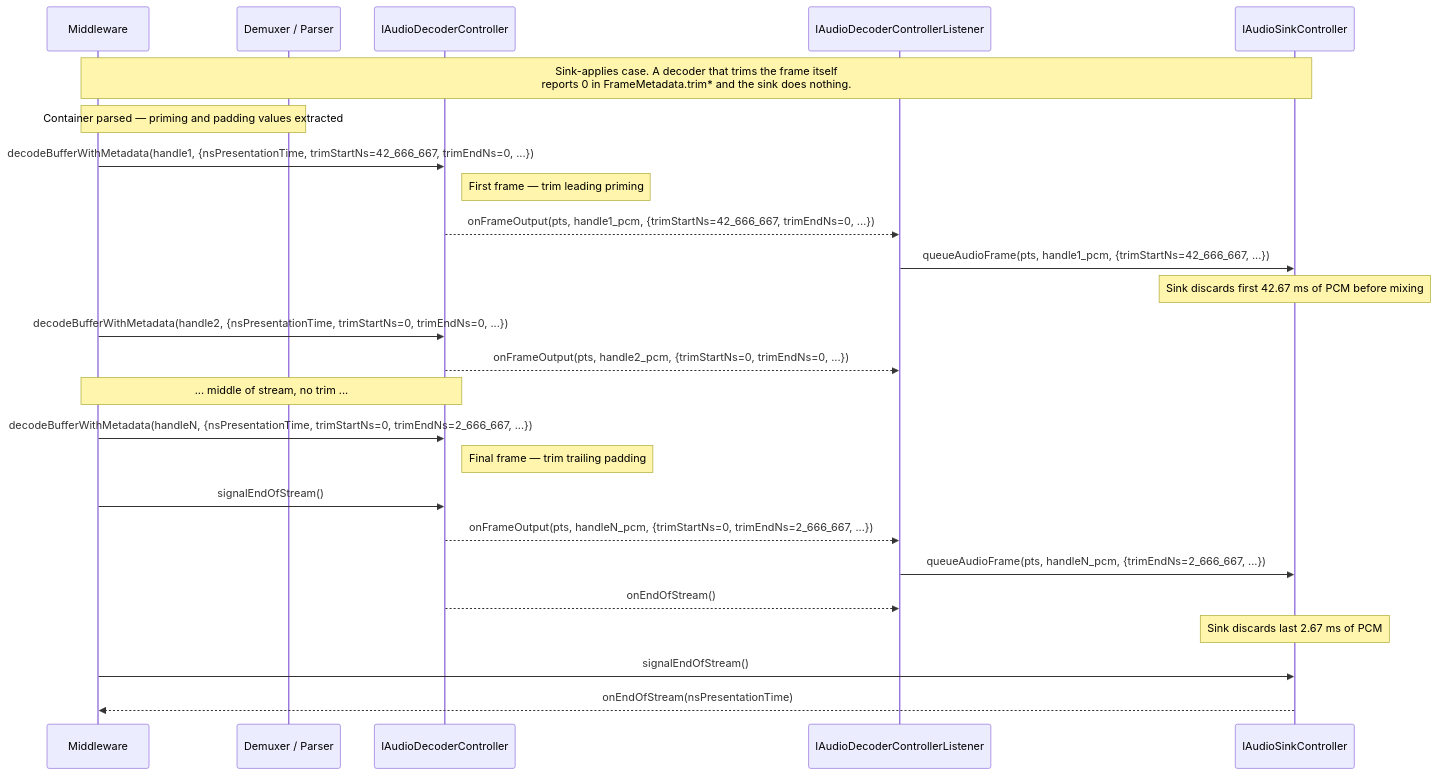
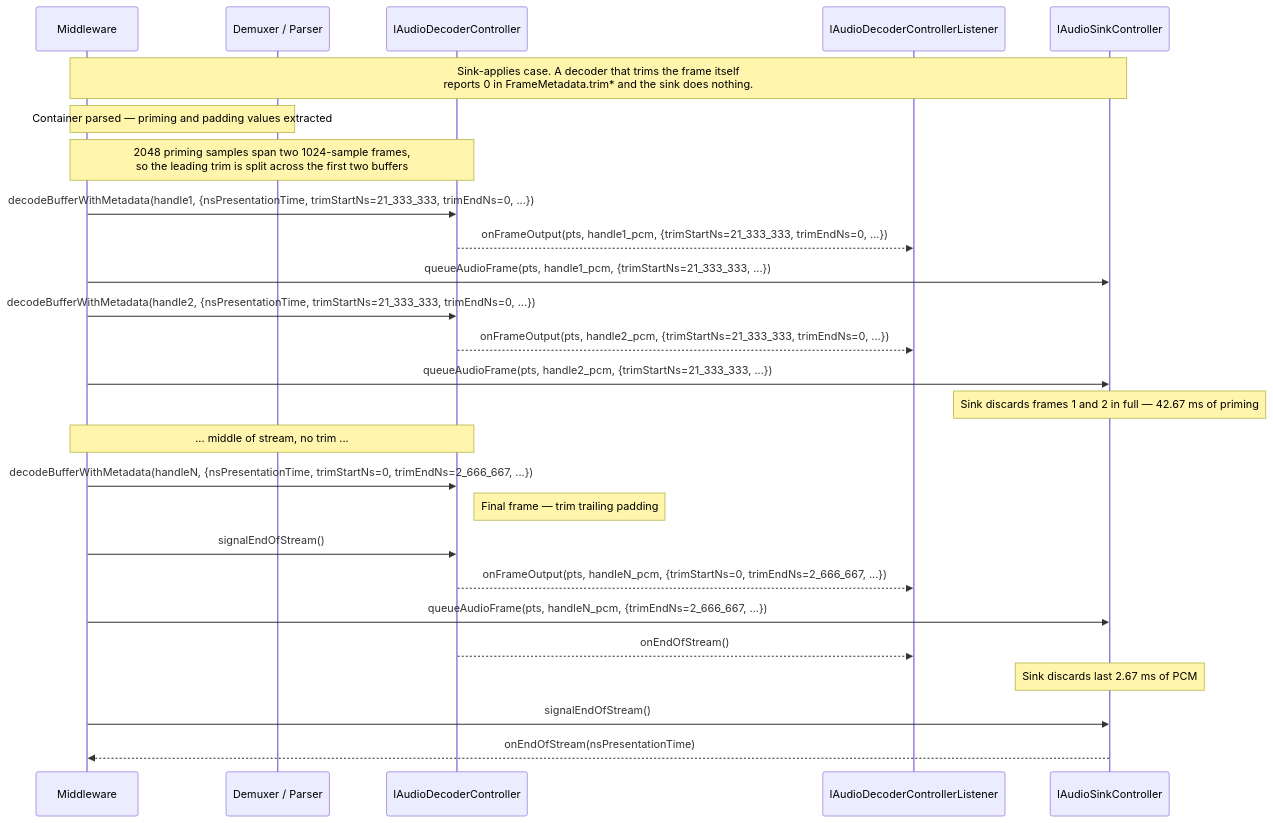
Before and after one commit to rdkcentral/rdk-halif-aidl: the fourth of 5 diagrams in audiodecoder/current/docs/audio_decoder.md, drawn with Mermaid. The commit also changed other lines of this file, not shown here.

````diff
--- a/audiodecoder/current/docs/audio_decoder.md
+++ b/audiodecoder/current/docs/audio_decoder.md
@@ -398,27 +399,28 @@
 ```mermaid
 sequenceDiagram
     participant MW as Middleware
     participant Demux as Demuxer / Parser
     participant Dec as IAudioDecoderController
     participant Listener as IAudioDecoderControllerListener
     participant Sink as IAudioSinkController
     Note over MW,Sink: Sink-applies case. A decoder that trims the frame itself<br/>reports 0 in FrameMetadata.trim* and the sink does nothing.
     Note over MW,Demux: Container parsed — priming and padding values extracted
-    MW->>Dec: decodeBufferWithMetadata(handle1, {nsPresentationTime, trimStartNs=42_666_667, trimEndNs=0, ...})
-    Note right of Dec: First frame — trim leading priming
-    Dec-->>Listener: onFrameOutput(pts, handle1_pcm, {trimStartNs=42_666_667, trimEndNs=0, ...})
-    Listener->>Sink: queueAudioFrame(pts, handle1_pcm, {trimStartNs=42_666_667, ...})
-    Note over Sink: Sink discards first 42.67 ms of PCM before mixing
-    MW->>Dec: decodeBufferWithMetadata(handle2, {nsPresentationTime, trimStartNs=0, trimEndNs=0, ...})
-    Dec-->>Listener: onFrameOutput(pts, handle2_pcm, {trimStartNs=0, trimEndNs=0, ...})
+    Note over MW,Dec: 2048 priming samples span two 1024-sample frames,<br/>so the leading trim is split across the first two buffers
+    MW->>Dec: decodeBufferWithMetadata(handle1, {nsPresentationTime, trimStartNs=21_333_333, trimEndNs=0, ...})
+    Dec-->>Listener: onFrameOutput(pts, handle1_pcm, {trimStartNs=21_333_333, trimEndNs=0, ...})
+    MW->>Sink: queueAudioFrame(pts, handle1_pcm, {trimStartNs=21_333_333, ...})
+    MW->>Dec: decodeBufferWithMetadata(handle2, {nsPresentationTime, trimStartNs=21_333_333, trimEndNs=0, ...})
+    Dec-->>Listener: onFrameOutput(pts, handle2_pcm, {trimStartNs=21_333_333, trimEndNs=0, ...})
+    MW->>Sink: queueAudioFrame(pts, handle2_pcm, {trimStartNs=21_333_333, ...})
+    Note over Sink: Sink discards frames 1 and 2 in full — 42.67 ms of priming
     Note over MW,Dec: ... middle of stream, no trim ...
     MW->>Dec: decodeBufferWithMetadata(handleN, {nsPresentationTime, trimStartNs=0, trimEndNs=2_666_667, ...})
     Note right of Dec: Final frame — trim trailing padding
     MW->>Dec: signalEndOfStream()
     Dec-->>Listener: onFrameOutput(pts, handleN_pcm, {trimStartNs=0, trimEndNs=2_666_667, ...})
-    Listener->>Sink: queueAudioFrame(pts, handleN_pcm, {trimEndNs=2_666_667, ...})
+    MW->>Sink: queueAudioFrame(pts, handleN_pcm, {trimEndNs=2_666_667, ...})
     Dec-->>Listener: onEndOfStream()
     Note over Sink: Sink discards last 2.67 ms of PCM
     MW->>Sink: signalEndOfStream()
     Sink-->>MW: onEndOfStream(nsPresentationTime)
 ```
````
